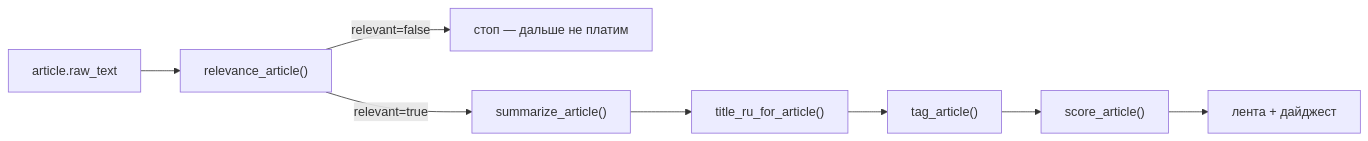
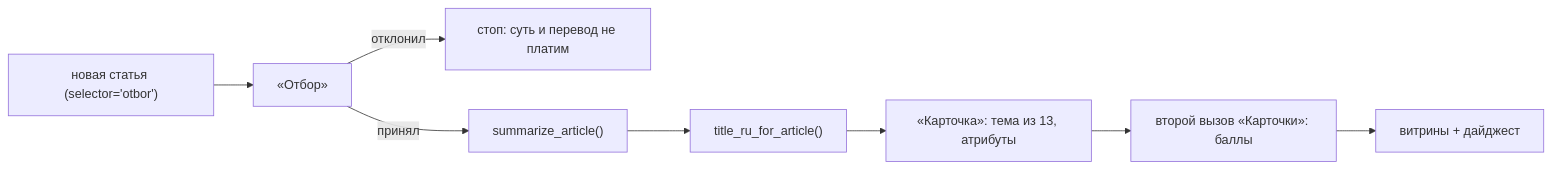
The second of 2 diagrams in docs/architecture.md (electromop/oiltech-digest), drawn with Mermaid before and after one commit. The commit also changed other lines of this file and 117 other files, not shown here.

````diff
--- a/docs/architecture.md
+++ b/docs/architecture.md
@@ -125,10 +127,10 @@
 ```mermaid
 flowchart LR
-  A["article.raw_text"] --> R["relevance_article()"]
-  R -->|relevant=false| X["стоп — дальше не платим"]
-  R -->|relevant=true| S["summarize_article()"]
+  A["новая статья (selector='otbor')"] --> O["«Отбор»"]
+  O -->|отклонил| X["стоп: суть и перевод не платим"]
+  O -->|принял| S["summarize_article()"]
   S --> TR["title_ru_for_article()"]
-  TR --> T["tag_article()"]
-  T --> SC["score_article()"]
-  SC --> RES["лента + дайджест"]
+  TR --> C["«Карточка»: тема из 13, атрибуты"]
+  C --> SC["второй вызов «Карточки»: баллы"]
+  SC --> RES["витрины + дайджест"]
 ```
````
